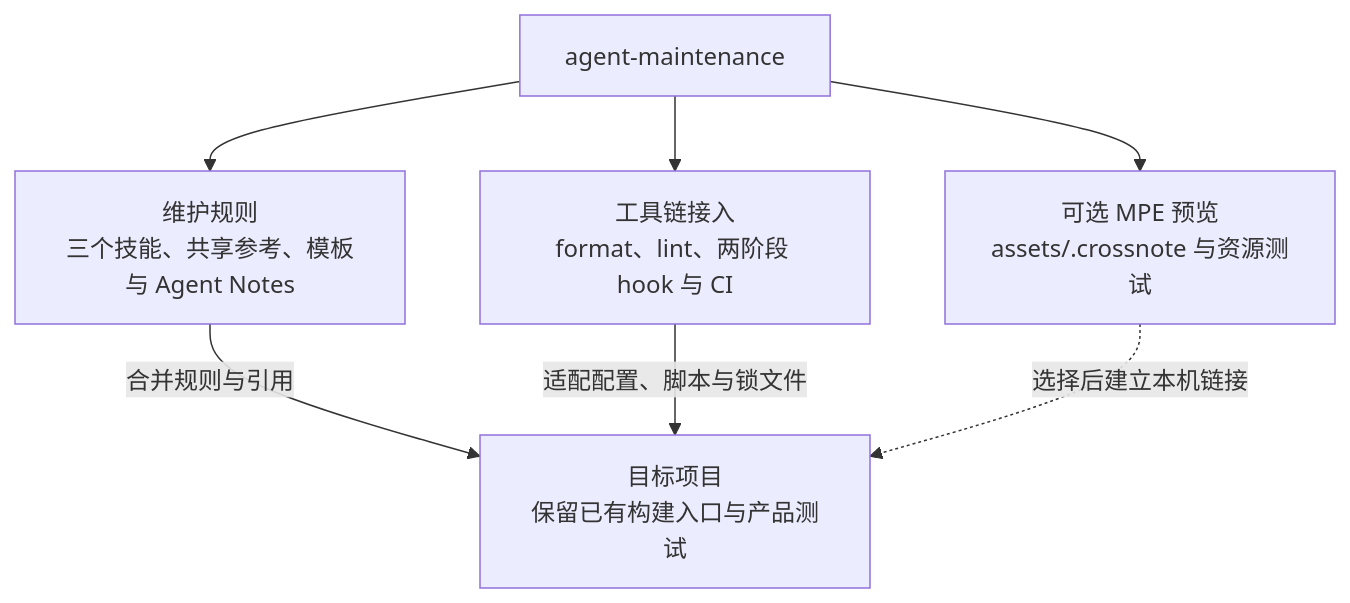
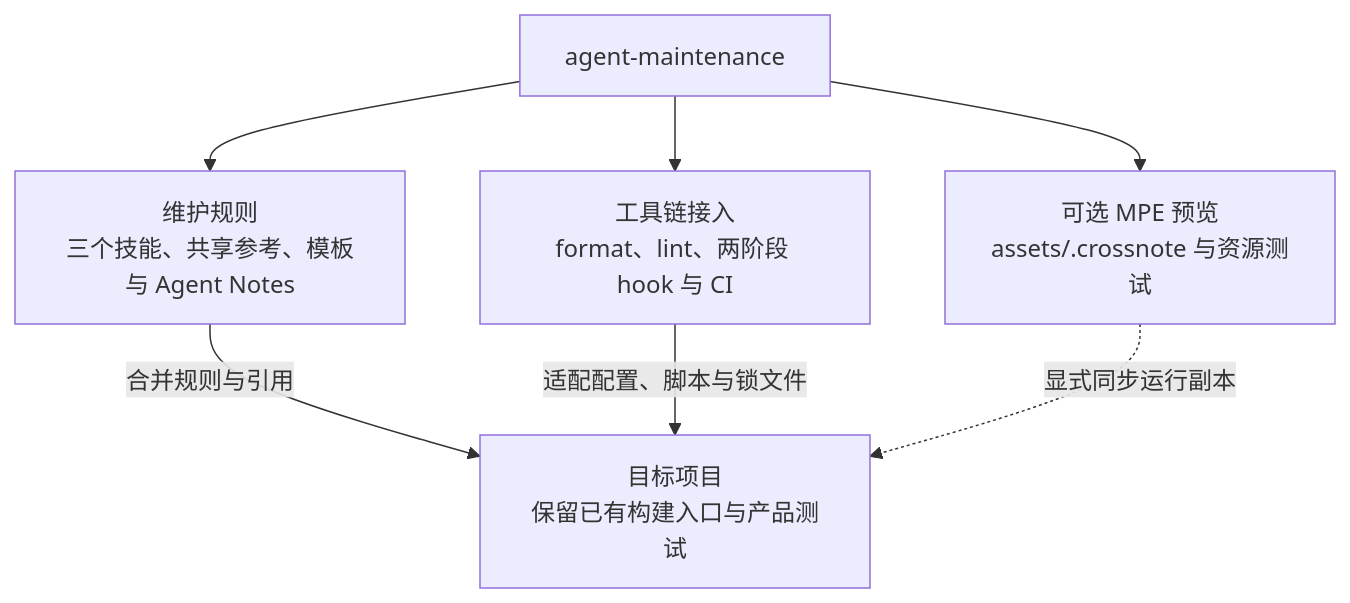
Before and after one commit to WncFht/agent-maintenance: the first of 2 diagrams in README.md, drawn with Mermaid. The commit also changed other lines of this file and 7 other files, not shown here.

````diff
--- a/README.md
+++ b/README.md
@@ -11,9 +11,9 @@
 ```mermaid
 flowchart TB
     Package["agent-maintenance"] --> Rules["维护规则<br/>三个技能、共享参考、模板与 Agent Notes"]
     Package --> Tools["工具链接入<br/>format、lint、两阶段 hook 与 CI"]
     Package --> Preview["可选 MPE 预览<br/>assets/.crossnote 与资源测试"]
     Rules -->|"合并规则与引用"| Project["目标项目<br/>保留已有构建入口与产品测试"]
     Tools -->|"适配配置、脚本与锁文件"| Project
-    Preview -.->|"选择后建立本机链接"| Project
+    Preview -.->|"显式同步运行副本"| Project
 ```
````
